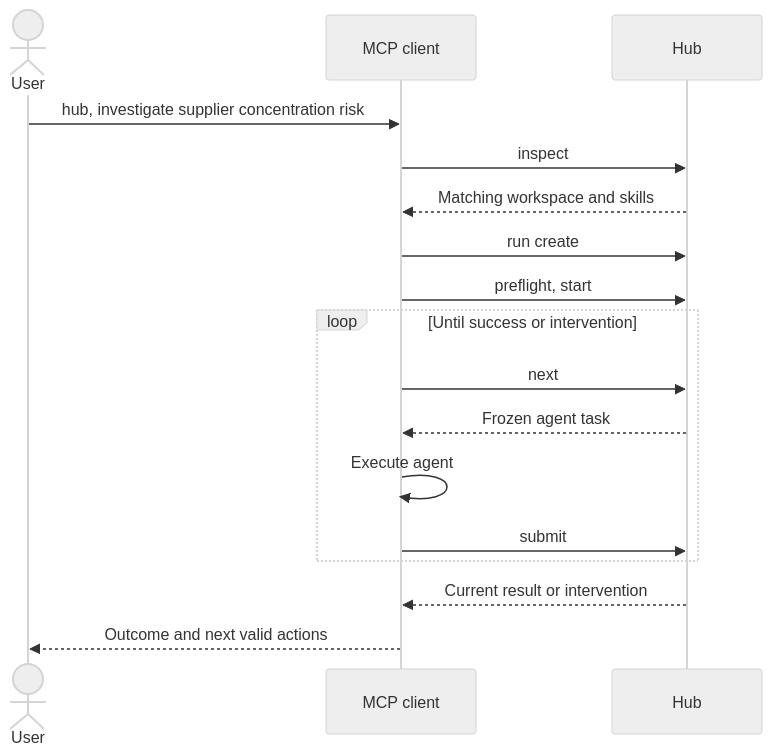
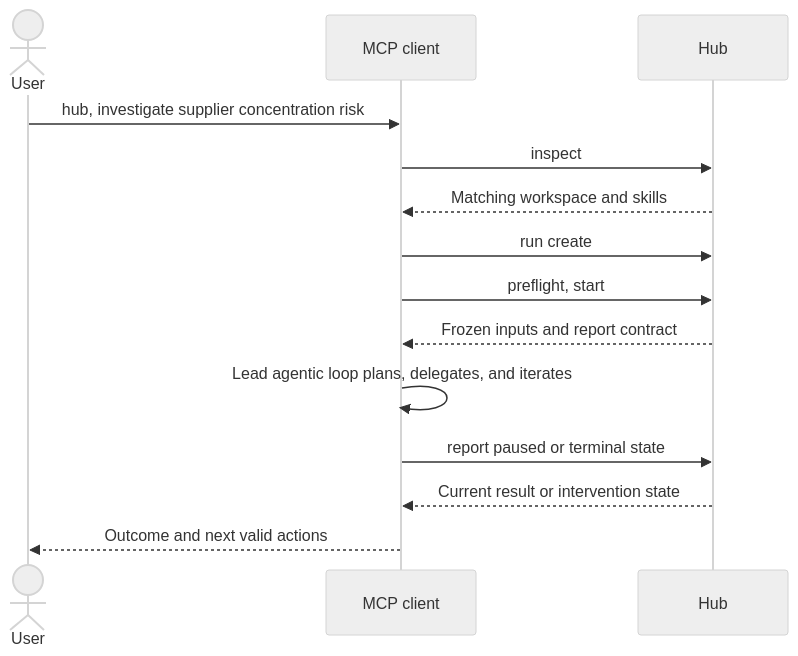
Before and after one commit to dryotta/open-knowledge-hub: the sixth of 6 diagrams in docs/superpowers/specs/2026-07-17-workspace-module-design.md, drawn with Mermaid (neutral theme). The commit also changed other lines of this file, not shown here.

````diff
--- a/docs/superpowers/specs/2026-07-17-workspace-module-design.md
+++ b/docs/superpowers/specs/2026-07-17-workspace-module-design.md
@@ -672,20 +679,17 @@
 ```mermaid
 sequenceDiagram
     actor U as User
     participant C as MCP client
     participant H as Hub
 
     U->>C: hub, investigate supplier concentration risk
     C->>H: inspect
     H-->>C: Matching workspace and skills
     C->>H: run create
     C->>H: preflight, start
-    loop Until success or intervention
-        C->>H: next
-        H-->>C: Frozen agent task
-        C->>C: Execute agent
-        C->>H: submit
-    end
-    H-->>C: Current result or intervention
+    H-->>C: Frozen inputs and report contract
+    C->>C: Lead agentic loop plans, delegates, and iterates
+    C->>H: report paused or terminal state
+    H-->>C: Current result or intervention state
     C-->>U: Outcome and next valid actions
 ```
````
